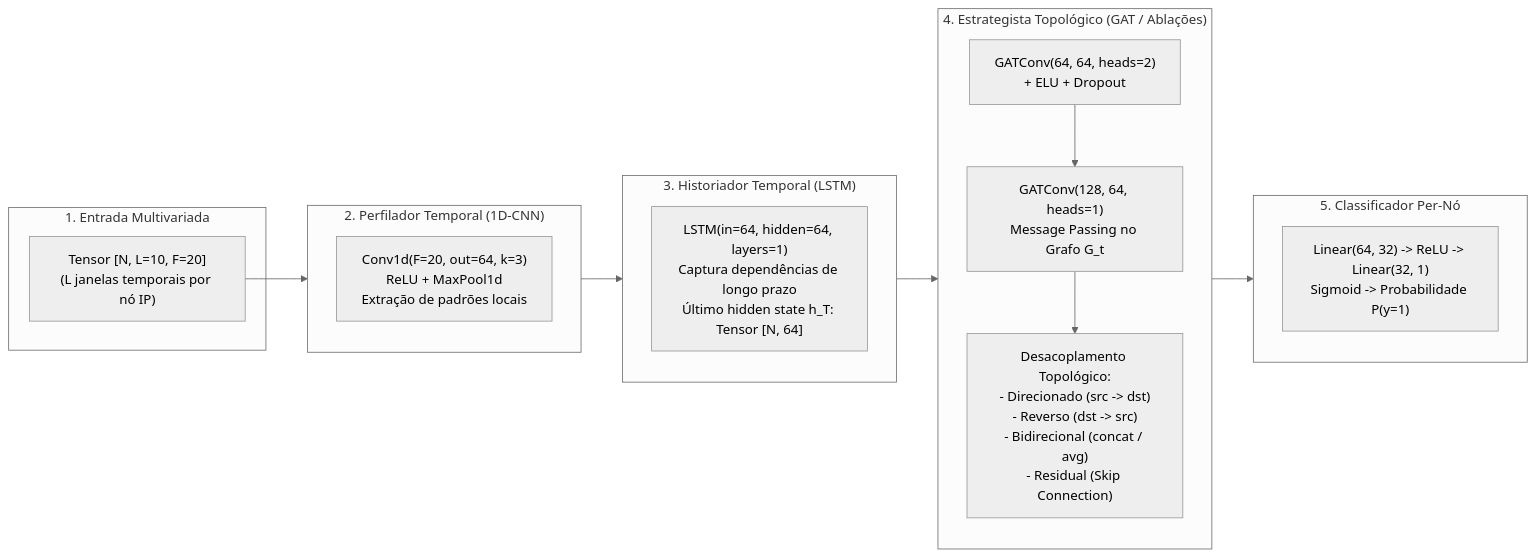
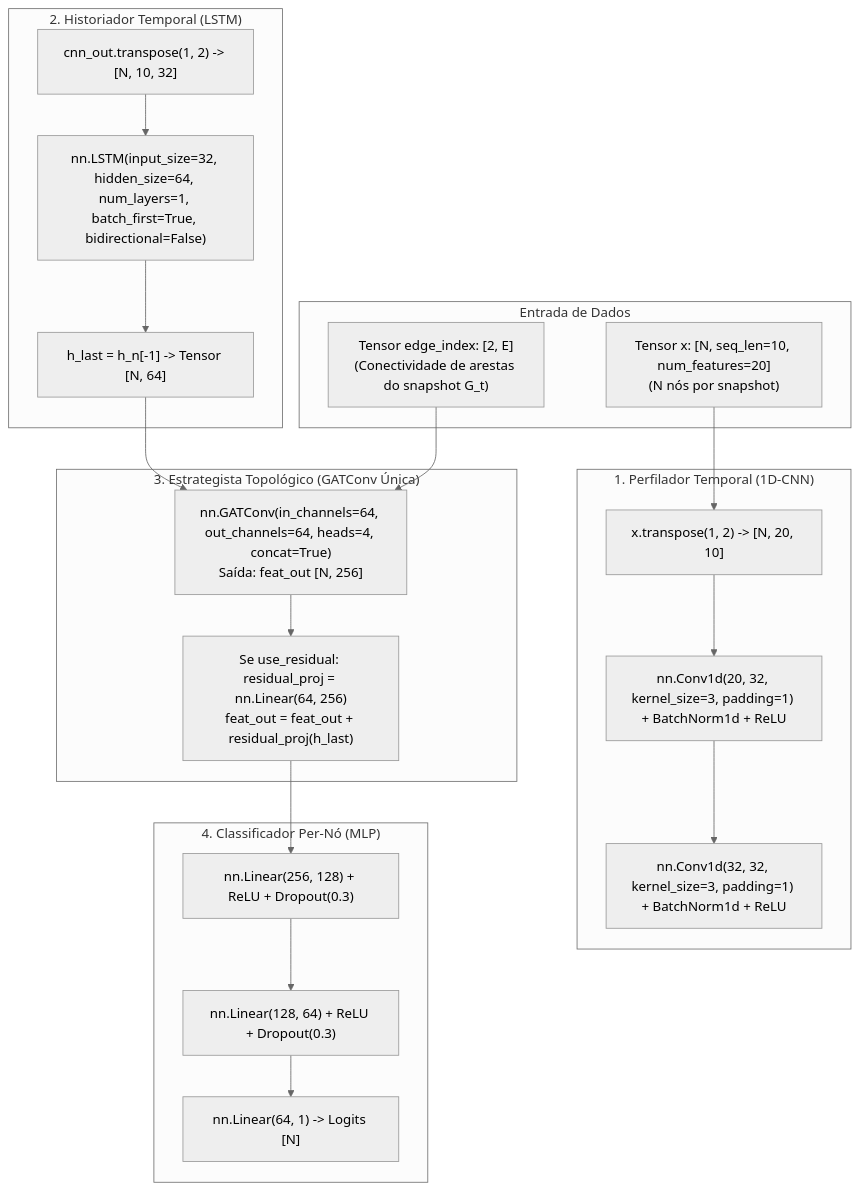
One commit to abraaoteixeira/ids-cnn-lstm-gnn changed the third of 3 diagrams in docs/SPECTRE_GRID_RESEARCH_TIMELINE.md. Above: the diagram before and after it, drawn with Mermaid (neutral theme). The commit also changed other lines of this file, not shown here.

Commit message:
docs(timeline): correct historical divergences, architecture layers, dataset ontology, and attribution

````diff
--- a/docs/SPECTRE_GRID_RESEARCH_TIMELINE.md
+++ b/docs/SPECTRE_GRID_RESEARCH_TIMELINE.md
@@ -171,28 +207,38 @@
 ```mermaid
-flowchart LR
-    subgraph Entrada ["1. Entrada Multivariada"]
-        In["Tensor [N, L=10, F=20]\n(L janelas temporais por nó IP)"]
+flowchart TD
+    subgraph Input ["Entrada de Dados"]
+        X["Tensor x: [N, seq_len=10, num_features=20]\n(N nós por snapshot)"]
+        EI["Tensor edge_index: [2, E]\n(Conectividade de arestas do snapshot G_t)"]
     end
 
-    subgraph CNN ["2. Perfilador Temporal (1D-CNN)"]
-        Conv["Conv1d(F=20, out=64, k=3)\nReLU + MaxPool1d\nExtração de padrões locais"]
+    subgraph CNN ["1. Perfilador Temporal (1D-CNN)"]
+        X_Trans["x.transpose(1, 2) -> [N, 20, 10]"]
+        Conv1["nn.Conv1d(20, 32, kernel_size=3, padding=1) + BatchNorm1d + ReLU"]
+        Conv2["nn.Conv1d(32, 32, kernel_size=3, padding=1) + BatchNorm1d + ReLU"]
+        X_Trans --> Conv1 --> Conv2
     end
 
-    subgraph LSTM_Layer ["3. Historiador Temporal (LSTM)"]
-        Rec["LSTM(in=64, hidden=64, layers=1)\nCaptura dependências de longo prazo\nÚltimo hidden state h_T: Tensor [N, 64]"]
+    subgraph LSTM_Block ["2. Historiador Temporal (LSTM)"]
+        CNN_Trans["cnn_out.transpose(1, 2) -> [N, 10, 32]"]
+        LSTM_Op["nn.LSTM(input_size=32, hidden_size=64, num_layers=1, batch_first=True, bidirectional=False)"]
+        H_Last["h_last = h_n[-1] -> Tensor [N, 64]"]
+        CNN_Trans --> LSTM_Op --> H_Last
     end
 
-    subgraph Topological ["4. Estrategista Topológico (GAT / Ablações)"]
-        direction TB
-        GAT1["GATConv(64, 64, heads=2)\n+ ELU + Dropout"]
-        GAT2["GATConv(128, 64, heads=1)\nMessage Passing no Grafo G_t"]
-        Decouple["Desacoplamento Topológico:\n- Direcionado (src -> dst)\n- Reverso (dst -> src)\n- Bidirecional (concat / avg)\n- Residual (Skip Connection)"]
-        GAT1 --> GAT2 --> Decouple
+    subgraph GAT_Block ["3. Estrategista Topológico (GATConv Única)"]
+        GAT_Op["nn.GATConv(in_channels=64, out_channels=64, heads=4, concat=True)\nSaída: feat_out [N, 256]"]
+        Res_Proj["Se use_residual: residual_proj = nn.Linear(64, 256)\nfeat_out = feat_out + residual_proj(h_last)"]
+        H_Last --> GAT_Op
+        EI --> GAT_Op
+        GAT_Op --> Res_Proj
     end
 
-    subgraph Saida ["5. Classificador Per-Nó"]
-        FC["Linear(64, 32) -> ReLU -> Linear(32, 1)\nSigmoid -> Probabilidade P(y=1)"]
+    subgraph Classifier ["4. Classificador Per-Nó (MLP)"]
+        FC1["nn.Linear(256, 128) + ReLU + Dropout(0.3)"]
+        FC2["nn.Linear(128, 64) + ReLU + Dropout(0.3)"]
+        FC3["nn.Linear(64, 1) -> Logits [N]"]
+        Res_Proj --> FC1 --> FC2 --> FC3
     end
 
-    In --> CNN --> LSTM_Layer --> Topological --> Saida
+    X --> X_Trans
 ```
````
